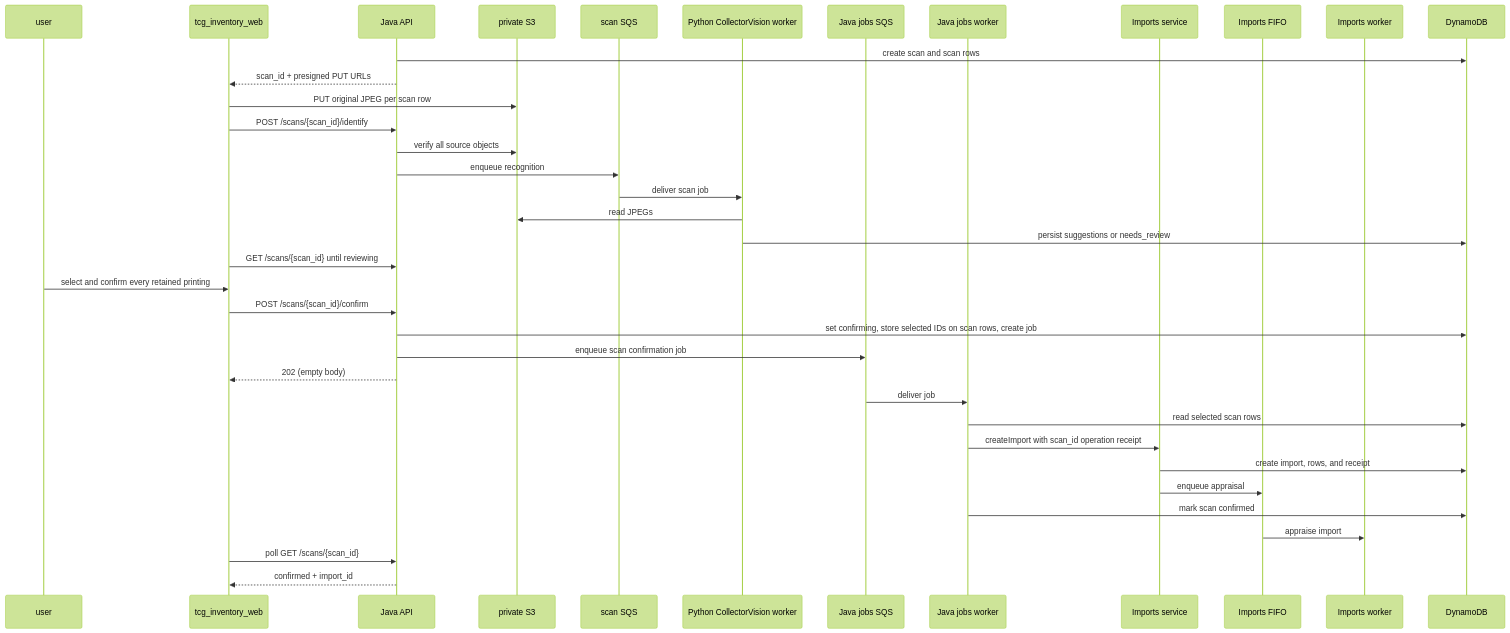
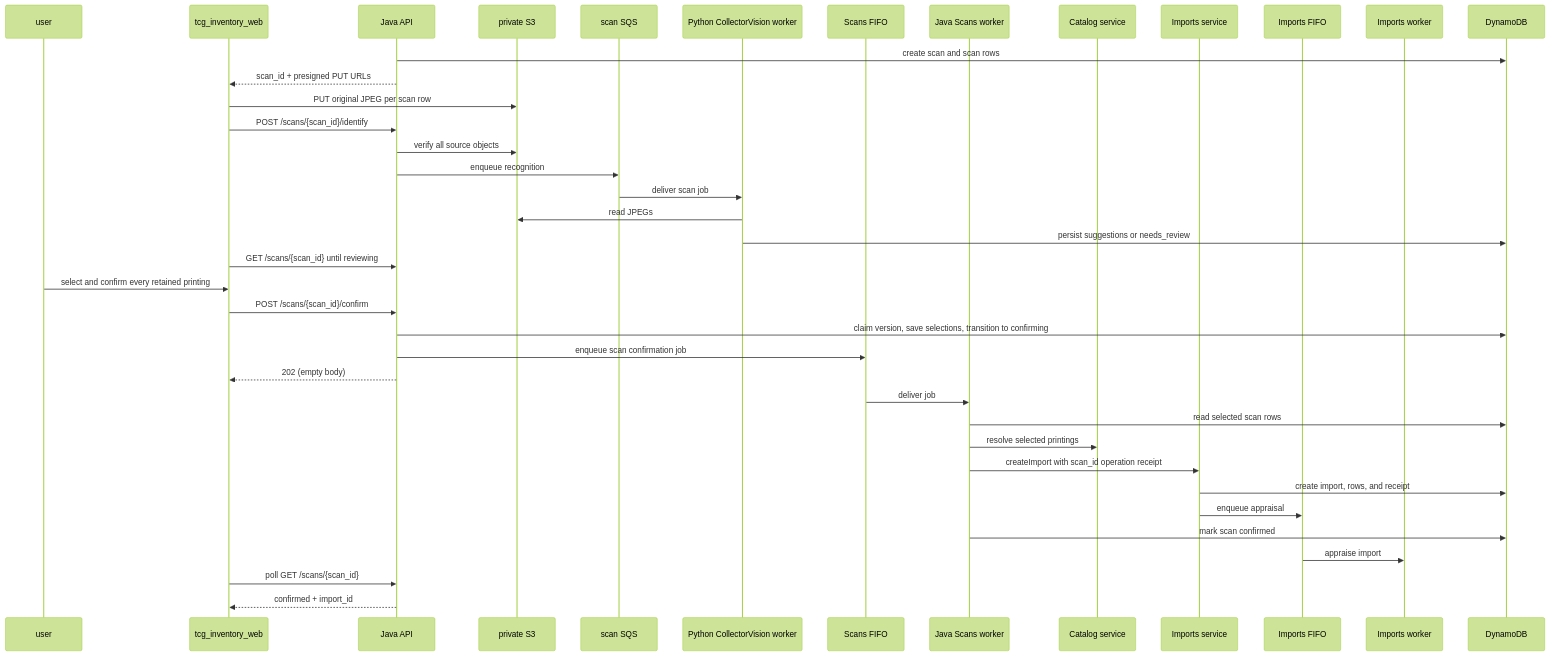
The third of 3 diagrams in tcg_inventory_api/README.md (jordansimsmith/jordansimsmith-com), drawn with Mermaid (forest theme) before and after one commit. The commit also changed other lines of this file and 25 other files, not shown here.

Commit message:
Move scan confirmation behind ScanService

````diff
--- a/tcg_inventory_api/README.md
+++ b/tcg_inventory_api/README.md
@@ -204,39 +204,41 @@
 ```mermaid
 sequenceDiagram
   participant U as user
   participant W as tcg_inventory_web
   participant A as Java API
   participant S as private S3
   participant Q as scan SQS
   participant P as Python CollectorVision worker
-  participant JQ as Java jobs SQS
-  participant J as Java jobs worker
+  participant JQ as Scans FIFO
+  participant J as Java Scans worker
+  participant C as Catalog service
   participant I as Imports service
   participant IQ as Imports FIFO
   participant IW as Imports worker
   participant D as DynamoDB
   A->>D: create scan and scan rows
   A-->>W: scan_id + presigned PUT URLs
   W->>S: PUT original JPEG per scan row
   W->>A: POST /scans/{scan_id}/identify
   A->>S: verify all source objects
   A->>Q: enqueue recognition
   Q->>P: deliver scan job
   P->>S: read JPEGs
   P->>D: persist suggestions or needs_review
   W->>A: GET /scans/{scan_id} until reviewing
   U->>W: select and confirm every retained printing
   W->>A: POST /scans/{scan_id}/confirm
-  A->>D: set confirming, store selected IDs on scan rows, create job
+  A->>D: claim version, save selections, transition to confirming
   A->>JQ: enqueue scan confirmation job
   A-->>W: 202 (empty body)
   JQ->>J: deliver job
   J->>D: read selected scan rows
+  J->>C: resolve selected printings
   J->>I: createImport with scan_id operation receipt
   I->>D: create import, rows, and receipt
   I->>IQ: enqueue appraisal
   J->>D: mark scan confirmed
   IQ->>IW: appraise import
   W->>A: poll GET /scans/{scan_id}
   A-->>W: confirmed + import_id
 ```
````
